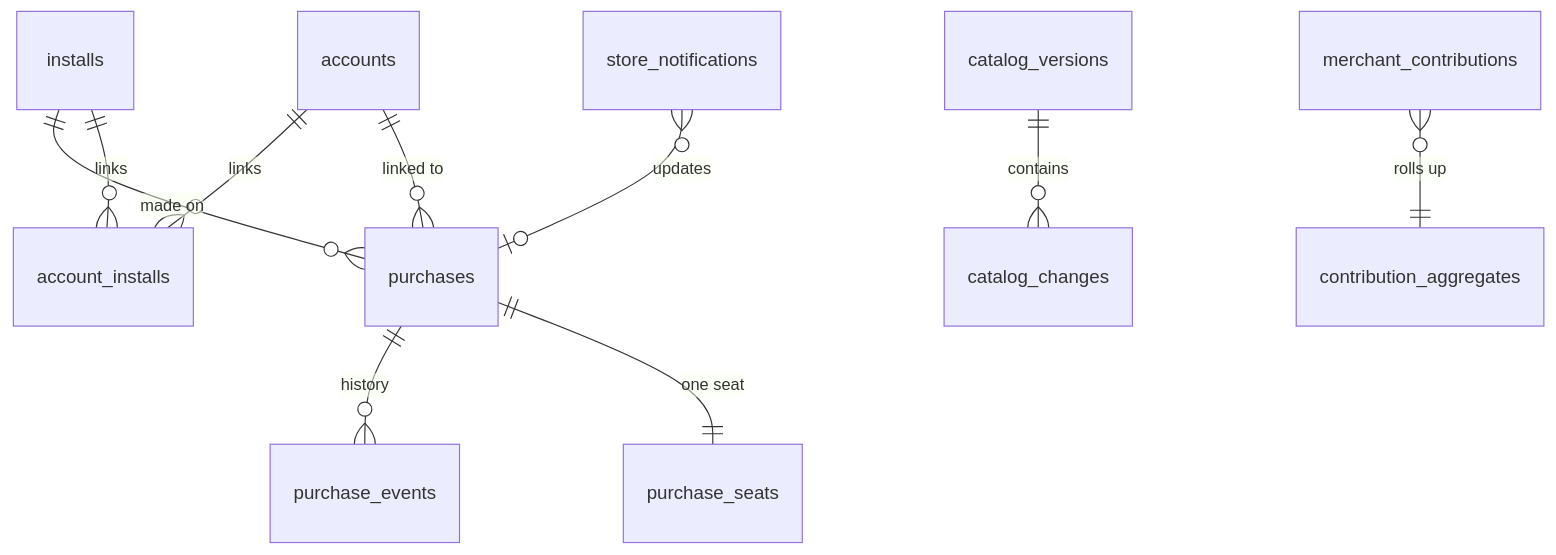
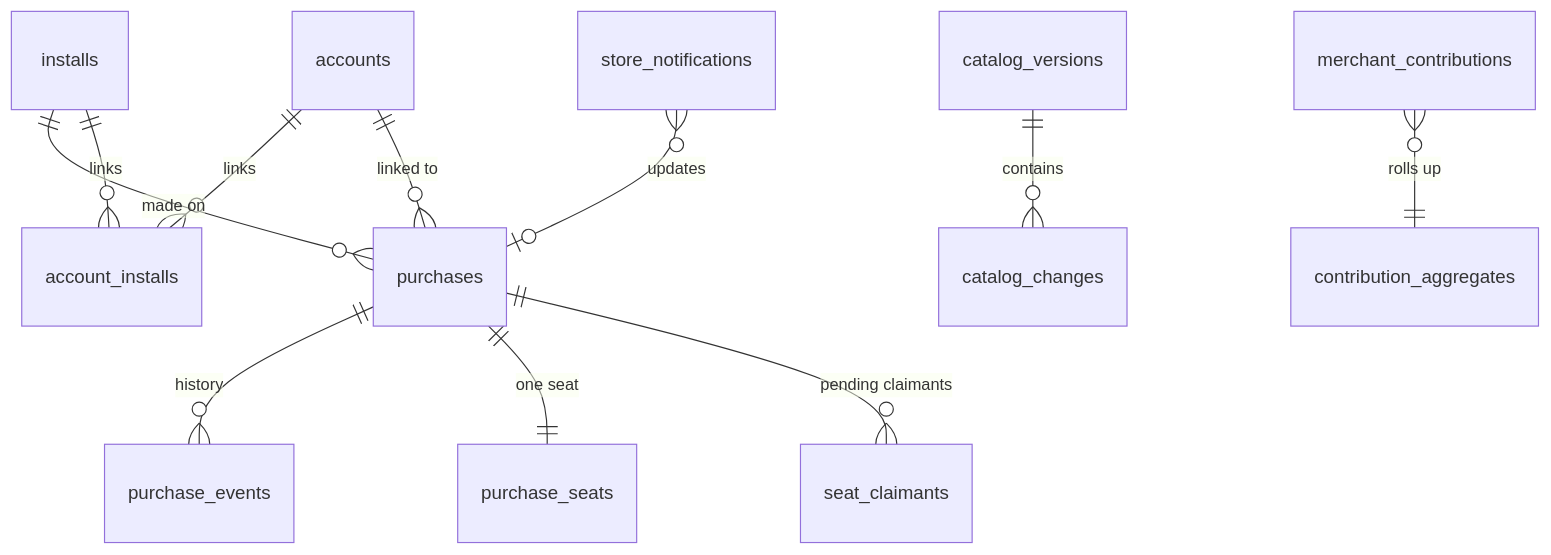
The diagram in docs/03-technical/backend-schema.md (Amr905/zaghlol), drawn with Mermaid before and after one commit. The commit also changed 3 other files, not shown here.

````diff
--- a/docs/03-technical/backend-schema.md
+++ b/docs/03-technical/backend-schema.md
@@ -20,12 +20,13 @@
 ```mermaid
 erDiagram
   installs ||--o{ purchases : "made on"
   accounts ||--o{ account_installs : links
   installs ||--o{ account_installs : links
   accounts ||--o{ purchases : "linked to"
   purchases ||--o{ purchase_events : history
   purchases ||--|| purchase_seats : "one seat"
+  purchases ||--o{ seat_claimants : "pending claimants"
   store_notifications }o--o| purchases : updates
   catalog_versions ||--o{ catalog_changes : contains
   merchant_contributions }o--|| contribution_aggregates : "rolls up"
 ```
````
